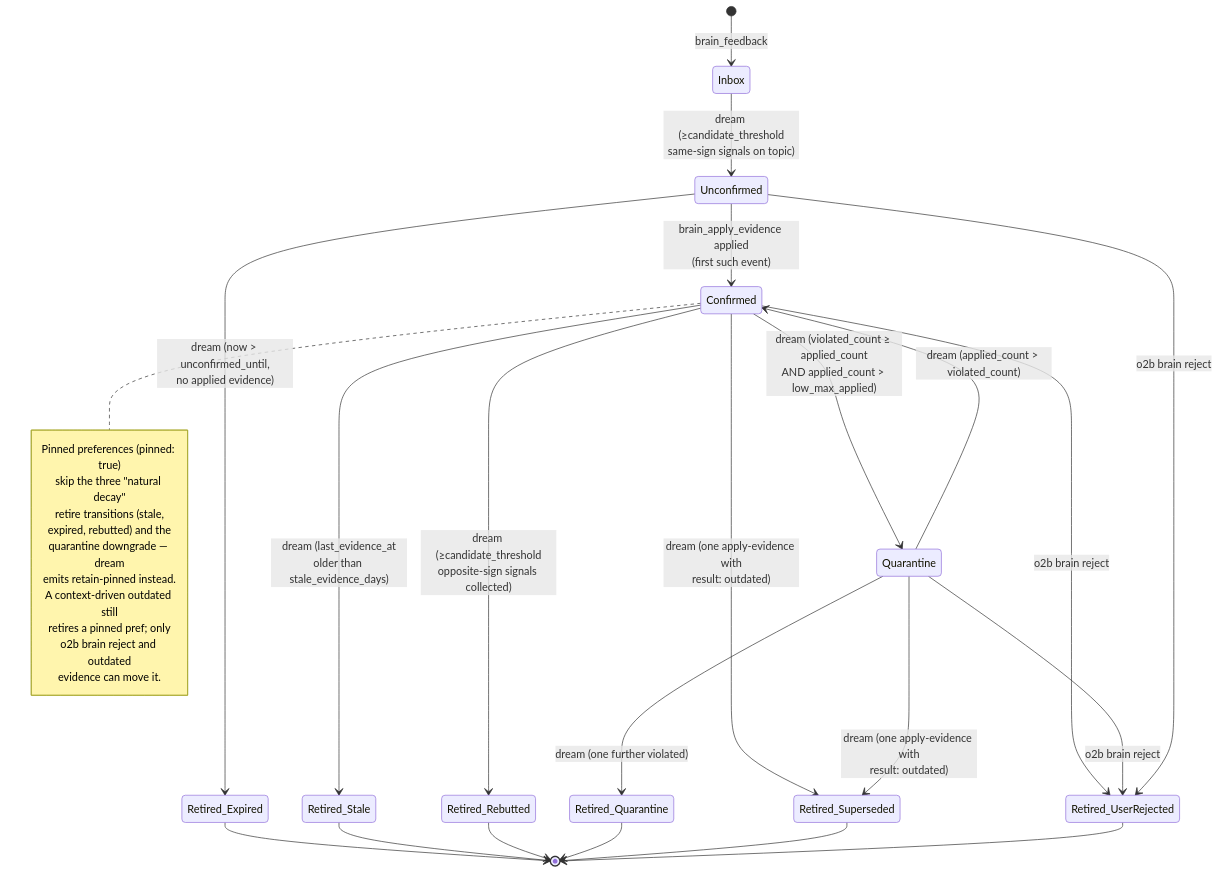
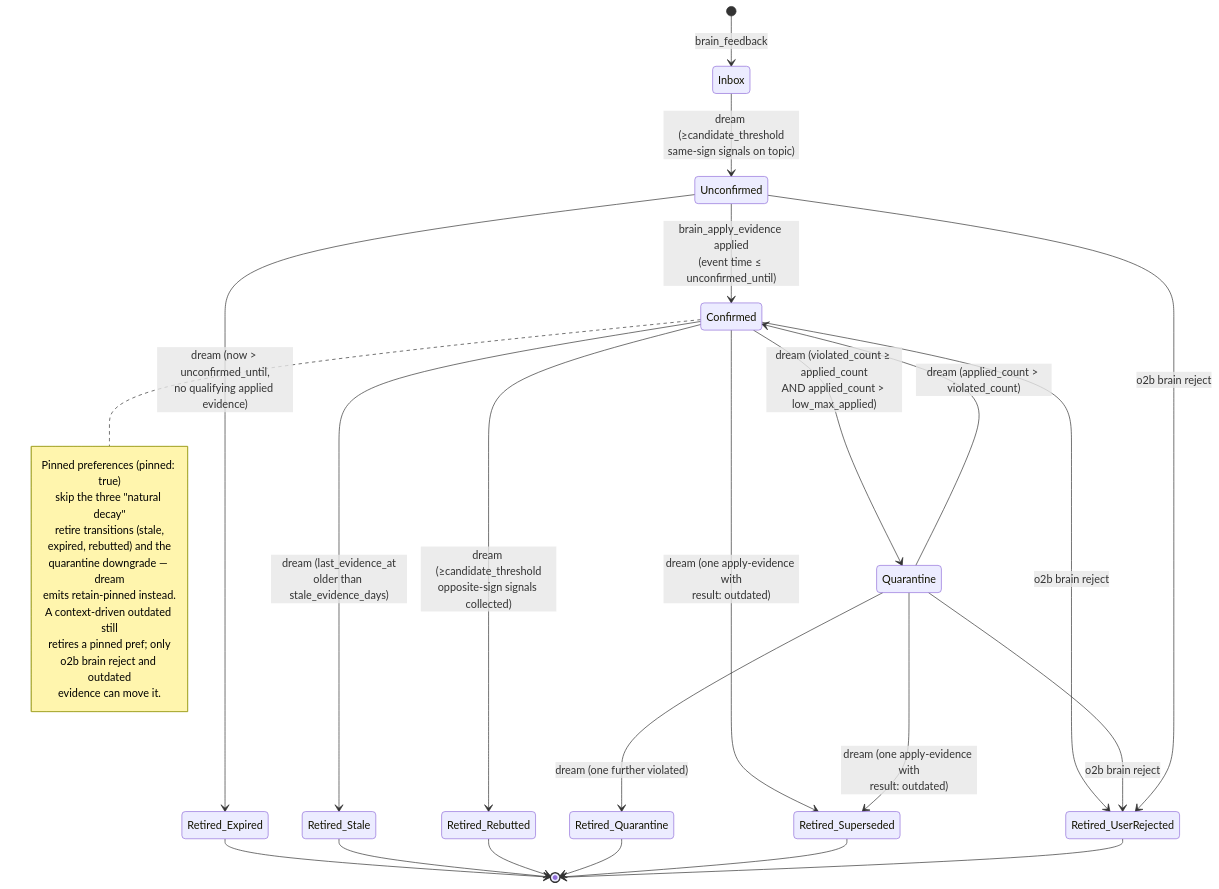
The second of 12 diagrams in docs/how-it-works.md (itechmeat/open-second-brain), drawn with Mermaid before and after one commit. The commit also changed 42 other files, not shown here.

First line of the commit message:
refactor(dream): one window context for every rule of the pass, trial evidence against its deadline (#358)

````diff
--- a/docs/how-it-works.md
+++ b/docs/how-it-works.md
@@ -84,36 +84,36 @@
 ```mermaid
 stateDiagram-v2
     [*] --> Inbox: brain_feedback
     Inbox --> Unconfirmed: dream (≥candidate_threshold<br/>same-sign signals on topic)
-    Unconfirmed --> Confirmed: brain_apply_evidence applied<br/>(first such event)
-    Unconfirmed --> Retired_Expired: dream (now > unconfirmed_until,<br/>no applied evidence)
+    Unconfirmed --> Confirmed: brain_apply_evidence applied<br/>(event time ≤ unconfirmed_until)
+    Unconfirmed --> Retired_Expired: dream (now > unconfirmed_until,<br/>no qualifying applied evidence)
     Confirmed --> Quarantine: dream (violated_count ≥ applied_count<br/>AND applied_count > low_max_applied)
     Quarantine --> Confirmed: dream (applied_count > violated_count)
     Quarantine --> Retired_Quarantine: dream (one further violated)
     Confirmed --> Retired_Stale: dream (last_evidence_at<br/>older than stale_evidence_days)
     Confirmed --> Retired_Rebutted: dream (≥candidate_threshold<br/>opposite-sign signals collected)
     Confirmed --> Retired_Superseded: dream (one apply-evidence with<br/>result: outdated)
     Quarantine --> Retired_Superseded: dream (one apply-evidence with<br/>result: outdated)
     Confirmed --> Retired_UserRejected: o2b brain reject
     Quarantine --> Retired_UserRejected: o2b brain reject
     Unconfirmed --> Retired_UserRejected: o2b brain reject
     Retired_Expired --> [*]
     Retired_Stale --> [*]
     Retired_Rebutted --> [*]
     Retired_Quarantine --> [*]
     Retired_Superseded --> [*]
     Retired_UserRejected --> [*]
 
     note right of Confirmed
         Pinned preferences (pinned: true)
         skip the three "natural decay"
         retire transitions (stale,
         expired, rebutted) and the
         quarantine downgrade — dream
         emits retain-pinned instead.
         A context-driven outdated still
         retires a pinned pref; only
         o2b brain reject and outdated
         evidence can move it.
     end note
 ```
````
